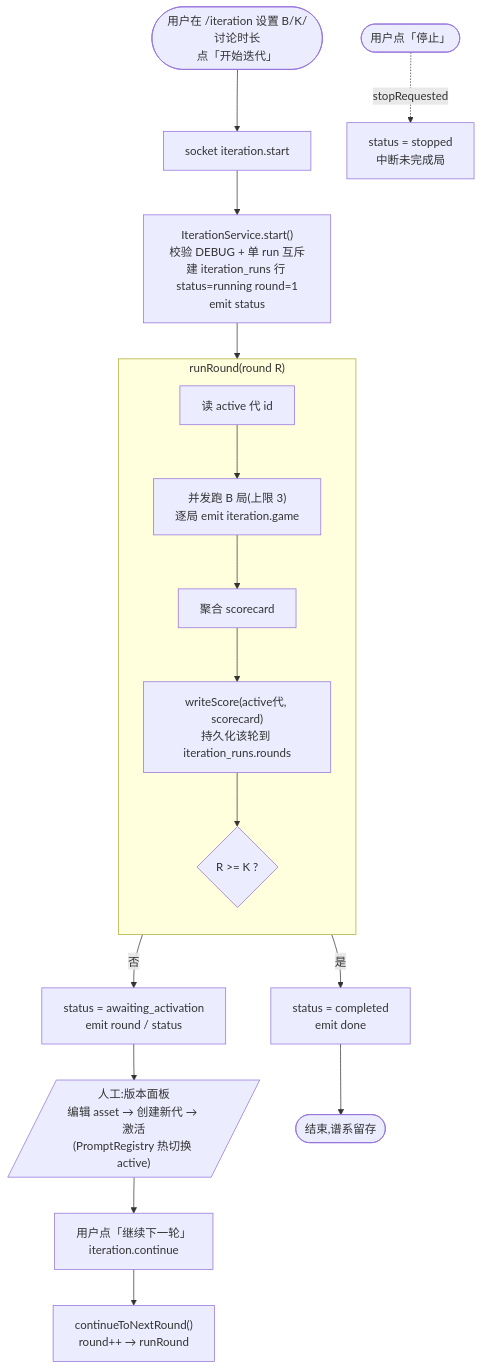
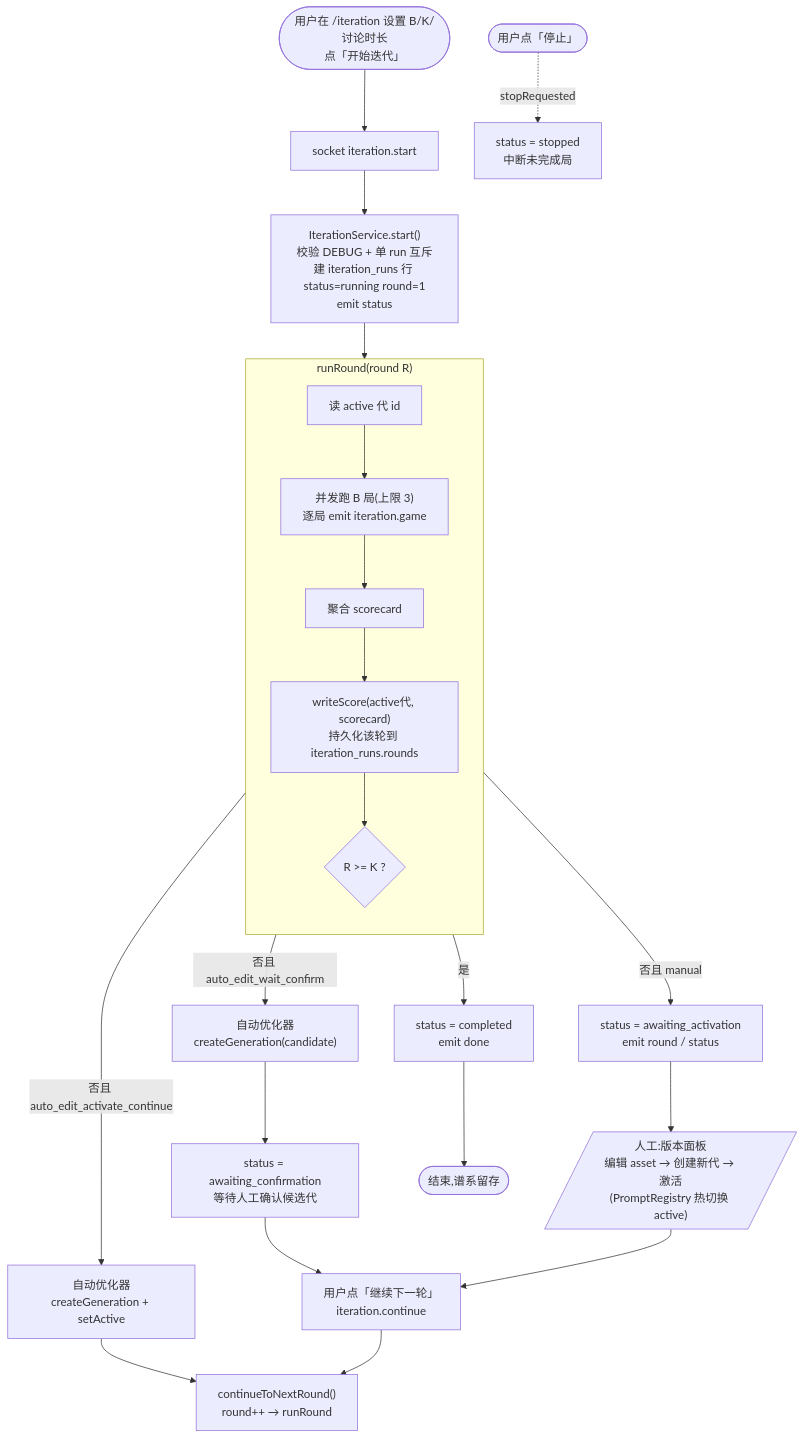
One commit to zhoutaoz99/who-is-the-ai changed the second of 6 diagrams in docs/ai-iteration/AI-Prompt-Eval-Flow.md. Above: the diagram before and after it, drawn with Mermaid. The commit also changed other lines of this file and 18 other files, not shown here.

````diff
--- a/docs/ai-iteration/AI-Prompt-Eval-Flow.md
+++ b/docs/ai-iteration/AI-Prompt-Eval-Flow.md
@@ -87,24 +88,29 @@
 ```mermaid
 flowchart TD
   START([用户在 /iteration 设置 B/K/讨论时长<br/>点「开始迭代」]) --> ACK
   ACK["socket iteration.start"] --> INIT["IterationService.start()<br/>校验 DEBUG + 单 run 互斥<br/>建 iteration_runs 行 status=running round=1<br/>emit status"]
   INIT --> ROUND
 
   subgraph ROUND["runRound(round R)"]
     direction TB
     R1["读 active 代 id"] --> R2["并发跑 B 局(上限 3)<br/>逐局 emit iteration.game"]
     R2 --> R3["聚合 scorecard"]
     R3 --> R4["writeScore(active代, scorecard)<br/>持久化该轮到 iteration_runs.rounds"]
     R4 --> R5{"R >= K ?"}
   end
 
-  R5 -- 否 --> WAIT["status = awaiting_activation<br/>emit round / status"]
+  R5 -- 否且 manual --> WAIT["status = awaiting_activation<br/>emit round / status"]
   WAIT --> MANUAL[/"人工:版本面板<br/>编辑 asset → 创建新代 → 激活<br/>(PromptRegistry 热切换 active)"/]
+  R5 -- 否且 auto_edit_wait_confirm --> EDIT["自动优化器<br/>createGeneration(candidate)"]
+  EDIT --> CONFIRM["status = awaiting_confirmation<br/>等待人工确认候选代"]
+  CONFIRM --> CONT["用户点「确认并继续」<br/>setActive(candidate)"]
   MANUAL --> CONT["用户点「继续下一轮」<br/>iteration.continue"]
+  R5 -- 否且 auto_edit_activate_continue --> AUTO["自动优化器<br/>createGeneration + setActive"]
+  AUTO --> NEXT
   CONT --> NEXT["continueToNextRound()<br/>round++ → runRound"]
 
   R5 -- 是 --> DONE["status = completed<br/>emit done"]
   DONE --> END([结束,谱系留存])
 
   STOP([用户点「停止」]) -.stopRequested.-> HALT["status = stopped<br/>中断未完成局"]
 ```
````
